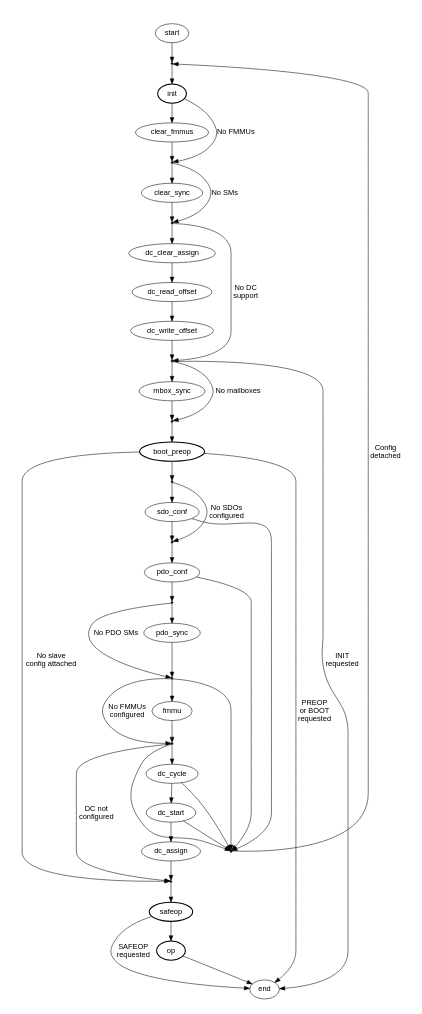
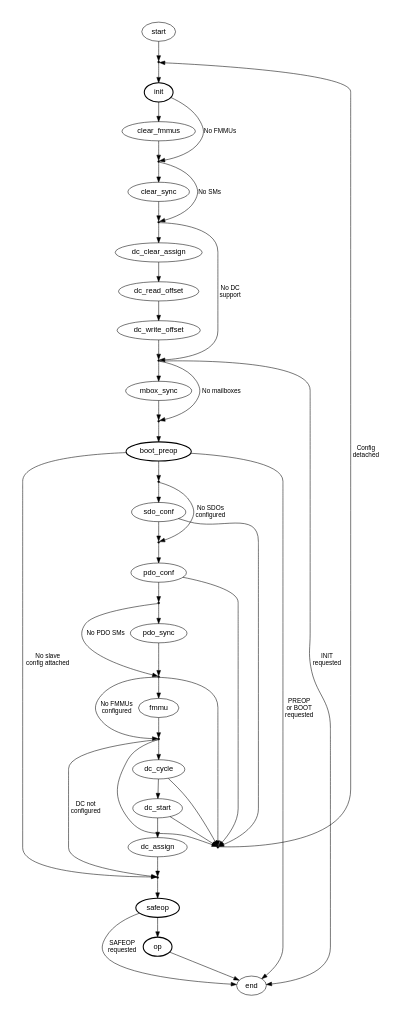
One commit to ribalda/ethercat changed the diagram in documentation/graphs/fsm_slave_conf.dot. Above: the diagram before and after it, drawn with Graphviz.

Commit message:
Moved fonts to graph begin.

```diff
--- a/documentation/graphs/fsm_slave_conf.dot
+++ b/documentation/graphs/fsm_slave_conf.dot
@@ -1,116 +1,118 @@
 
 /* $Id$ */
 
 digraph slaveconf {
     size="3,5"
+    node [fontname="Helvetica"]
+    edge [fontname="Helvetica", fontsize="12"]
 
-    start [fontname="Helvetica"]
+    start
     start -> enter_init [weight=10]
 
     enter_init [shape=point, label=""]
     enter_init -> init [weight=10]
 
     reconfigure [shape=point, label=""]
-    reconfigure -> enter_init [fontname="Helvetica", label="Config\ndetached"]
+    reconfigure -> enter_init [label="Config\ndetached"]
 
-    init [fontname="Helvetica", style="bold"]
-    init -> enter_clear_sync [fontname="Helvetica", label="No FMMUs"]
+    init [style="bold"]
+    init -> enter_clear_sync [label="No FMMUs"]
     init -> clear_fmmus [weight=10]
 
-    clear_fmmus [fontname="Helvetica"]
+    clear_fmmus
     clear_fmmus -> enter_clear_sync [weight=10]
 
     enter_clear_sync [shape=point, label=""]
-    enter_clear_sync -> enter_dc_clear_assign [fontname="Helvetica", label="No SMs"]
+    enter_clear_sync -> enter_dc_clear_assign [label="No SMs"]
     enter_clear_sync -> clear_sync [weight=10]
 
-    clear_sync [fontname="Helvetica"]
+    clear_sync
     clear_sync -> enter_dc_clear_assign [weight=10]
 
     enter_dc_clear_assign [shape=point, label=""]
-    enter_dc_clear_assign -> enter_mbox_sync [fontname="Helvetica", label="No DC\nsupport"]
+    enter_dc_clear_assign -> enter_mbox_sync [label="No DC\nsupport"]
     enter_dc_clear_assign -> dc_clear_assign [weight=10]
 
-    dc_clear_assign [fontname="Helvetica"]
+    dc_clear_assign
     dc_clear_assign -> dc_read_offset [weight=10]
 
-    dc_read_offset [fontname="Helvetica"]
+    dc_read_offset
     dc_read_offset -> dc_write_offset [weight=10]
 
-    dc_write_offset [fontname="Helvetica"]
+    dc_write_offset
     dc_write_offset -> enter_mbox_sync [weight=10]
 
     enter_mbox_sync [shape=point, label=""]
-    enter_mbox_sync -> end [fontname="Helvetica", label="INIT\nrequested"]
-    enter_mbox_sync -> enter_boot_preop [fontname="Helvetica", label="No mailboxes"]
+    enter_mbox_sync -> end [label="INIT\nrequested"]
+    enter_mbox_sync -> enter_boot_preop [label="No mailboxes"]
     enter_mbox_sync -> mbox_sync [weight=10]
 
-    mbox_sync [fontname="Helvetica"]
+    mbox_sync
     mbox_sync -> enter_boot_preop [weight=10]
 
     enter_boot_preop [shape=point, label=""]
     enter_boot_preop -> boot_preop [weight=10]
 
-    boot_preop [fontname="Helvetica", style="bold"]
-    boot_preop -> end [fontname="Helvetica", label="PREOP\nor BOOT\nrequested"]
-    boot_preop -> enter_safeop [fontname="Helvetica", label="No slave\nconfig attached"]
+    boot_preop [style="bold"]
+    boot_preop -> end [label="PREOP\nor BOOT\nrequested"]
+    boot_preop -> enter_safeop [label="No slave\nconfig attached"]
     boot_preop -> enter_sdo_conf [weight=10]
 
     enter_sdo_conf [shape=point, label=""]
-    enter_sdo_conf -> enter_pdo_conf [fontname="Helvetica", label="No SDOs\nconfigured"]
+    enter_sdo_conf -> enter_pdo_conf [label="No SDOs\nconfigured"]
     enter_sdo_conf -> sdo_conf [weight=10]
 
-    sdo_conf [fontname="Helvetica"]
+    sdo_conf
     sdo_conf -> reconfigure
     sdo_conf -> enter_pdo_conf [weight=10]
 
     enter_pdo_conf [shape=point, label=""]
     enter_pdo_conf -> pdo_conf [weight=10]
 
-    pdo_conf [fontname="Helvetica"]
+    pdo_conf
     pdo_conf -> reconfigure
     pdo_conf -> enter_pdo_sync [weight=10]
 
     enter_pdo_sync [shape=point, label=""]
-    enter_pdo_sync -> enter_fmmu [fontname="Helvetica", label="No PDO SMs"]
+    enter_pdo_sync -> enter_fmmu [label="No PDO SMs"]
     enter_pdo_sync -> pdo_sync [weight=10]
 
-    pdo_sync [fontname="Helvetica"]
+    pdo_sync
     pdo_sync -> enter_fmmu [weight=10]
 
     enter_fmmu [shape=point,label=""]
     enter_fmmu -> reconfigure
-    enter_fmmu -> enter_dc_cycle [fontname="Helvetica", label="No FMMUs\nconfigured"]
+    enter_fmmu -> enter_dc_cycle [label="No FMMUs\nconfigured"]
     enter_fmmu -> fmmu [weight=10]
 
-    fmmu [fontname="Helvetica"]
+    fmmu
     fmmu -> enter_dc_cycle [weight=10]
 
     enter_dc_cycle [shape=point,label=""]
     enter_dc_cycle -> reconfigure
     enter_dc_cycle -> dc_cycle [weight=10]
-    enter_dc_cycle -> enter_safeop [fontname="Helvetica", label="DC not\nconfigured"]
+    enter_dc_cycle -> enter_safeop [label="DC not\nconfigured"]
 
-    dc_cycle [fontname="Helvetica"]
+    dc_cycle
     dc_cycle -> reconfigure
     dc_cycle -> dc_start [weight=10]
 
-    dc_start [fontname="Helvetica"]
+    dc_start
     dc_start -> reconfigure
     dc_start -> dc_assign [weight=10]
 
-    dc_assign [fontname="Helvetica"]
+    dc_assign
     dc_assign -> enter_safeop [weight=10]
 
     enter_safeop [shape=point,label=""]
     enter_safeop -> safeop [weight=10]
 
-    safeop [fontname="Helvetica", style="bold"]
-    safeop -> end [fontname="Helvetica", label="SAFEOP\nrequested"]
+    safeop [style="bold"]
+    safeop -> end [label="SAFEOP\nrequested"]
     safeop -> op [weight=10]
 
-    op [fontname="Helvetica", style="bold"]
+    op [style="bold"]
     op -> end
 
-    end [fontname="Helvetica"]
+    end
 }
```
